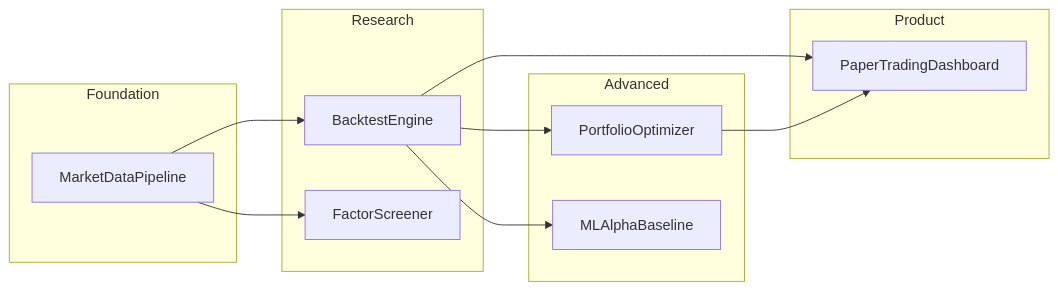
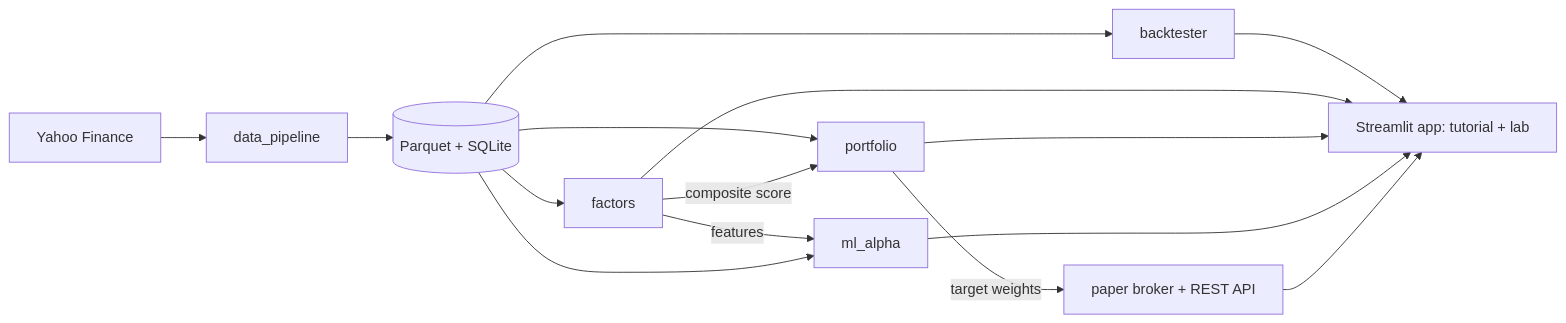
One commit to JasonRaza/Quant changed the diagram in README.md. Above: the diagram before and after it, drawn with Mermaid. The commit also changed other lines of this file and 11 other files, not shown here.

````diff
--- a/README.md
+++ b/README.md
@@ -7,23 +75,17 @@
 ```mermaid
 flowchart LR
-    subgraph foundation [Foundation]
-        P1[MarketDataPipeline]
-    end
-    subgraph research [Research]
-        P2[BacktestEngine]
-        P3[FactorScreener]
-    end
-    subgraph advanced [Advanced]
-        P4[PortfolioOptimizer]
-        P5[MLAlphaBaseline]
-    end
-    subgraph product [Product]
-        P6[PaperTradingDashboard]
-    end
-    P1 --> P2
-    P1 --> P3
-    P2 --> P4
-    P2 --> P5
-    P2 --> P6
-    P4 --> P6
+    Y[Yahoo Finance] --> P1[data_pipeline]
+    P1 --> D[(Parquet + SQLite)]
+    D --> P2[backtester]
+    D --> P3[factors]
+    D --> P4[portfolio]
+    P3 -->|composite score| P4
+    P3 -->|features| P5[ml_alpha]
+    D --> P5
+    P4 -->|target weights| P6[paper broker + REST API]
+    P2 --> APP[Streamlit app: tutorial + lab]
+    P3 --> APP
+    P4 --> APP
+    P5 --> APP
+    P6 --> APP
 ```
````
